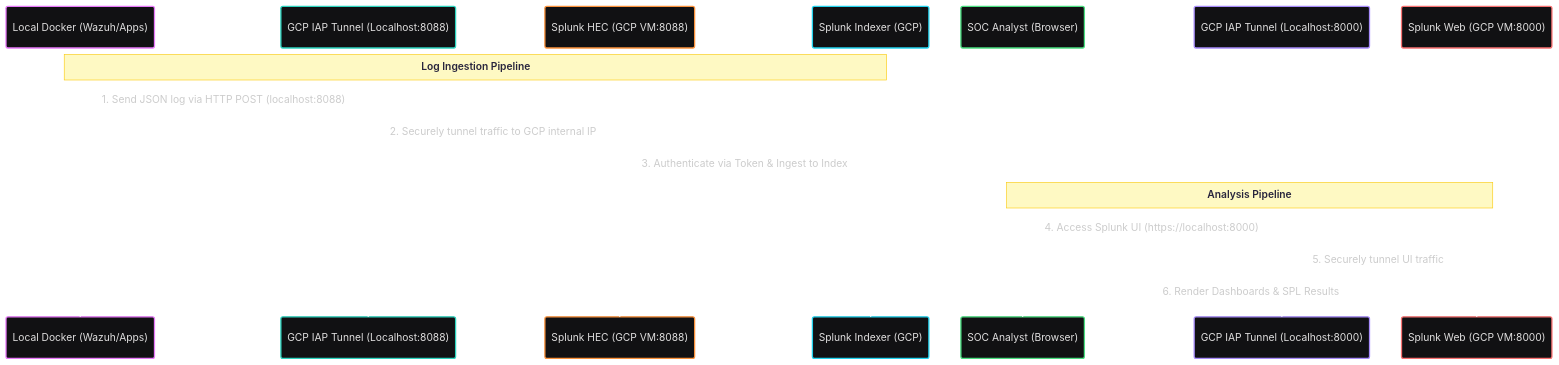
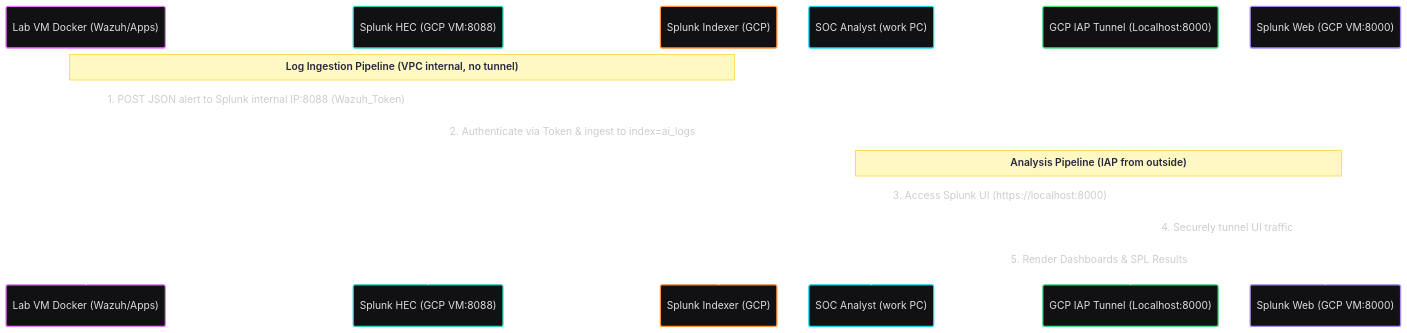
One commit to z1r0h/GCP-Homelab changed the second of 2 diagrams in AI-Security-Lab/README.md. Above: the diagram before and after it, drawn with Mermaid. The commit also changed other lines of this file, not shown here.

First line of the commit message:
Revise README for GCP-hosted lab updates

````diff
--- a/AI-Security-Lab/README.md
+++ b/AI-Security-Lab/README.md
@@ -77,24 +75,22 @@
 ```mermaid
 ---
 config:
   theme: redux-dark-color
   look: handDrawn
   fontFamily: '''Merriweather Variable'', serif'
 ---
 sequenceDiagram
-    participant Docker as Local Docker (Wazuh/Apps)
-    participant IAP as GCP IAP Tunnel (Localhost:8088)
+    participant Docker as Lab VM Docker (Wazuh/Apps)
     participant HEC as Splunk HEC (GCP VM:8088)
     participant Splunk as Splunk Indexer (GCP)
-    Note over Docker, Splunk: Log Ingestion Pipeline
-    Docker->>IAP: 1. Send JSON log via HTTP POST (localhost:8088)
-    IAP->>HEC: 2. Securely tunnel traffic to GCP internal IP
-    HEC->>Splunk: 3. Authenticate via Token & Ingest to Index
-    participant Analyst as SOC Analyst (Browser)
+    Note over Docker, Splunk: Log Ingestion Pipeline (VPC internal, no tunnel)
+    Docker->>HEC: 1. POST JSON alert to Splunk internal IP:8088 (Wazuh_Token)
+    HEC->>Splunk: 2. Authenticate via Token & ingest to index=ai_logs
+    participant Analyst as SOC Analyst (work PC)
     participant IAPWeb as GCP IAP Tunnel (Localhost:8000)
     participant Web as Splunk Web (GCP VM:8000)
-    Note over Analyst, Web: Analysis Pipeline
-    Analyst->>IAPWeb: 4. Access Splunk UI (https://localhost:8000)
-    IAPWeb->>Web: 5. Securely tunnel UI traffic
-    Web->>Analyst: 6. Render Dashboards & SPL Results
+    Note over Analyst, Web: Analysis Pipeline (IAP from outside)
+    Analyst->>IAPWeb: 3. Access Splunk UI (https://localhost:8000)
+    IAPWeb->>Web: 4. Securely tunnel UI traffic
+    Web->>Analyst: 5. Render Dashboards & SPL Results
 ```
````
